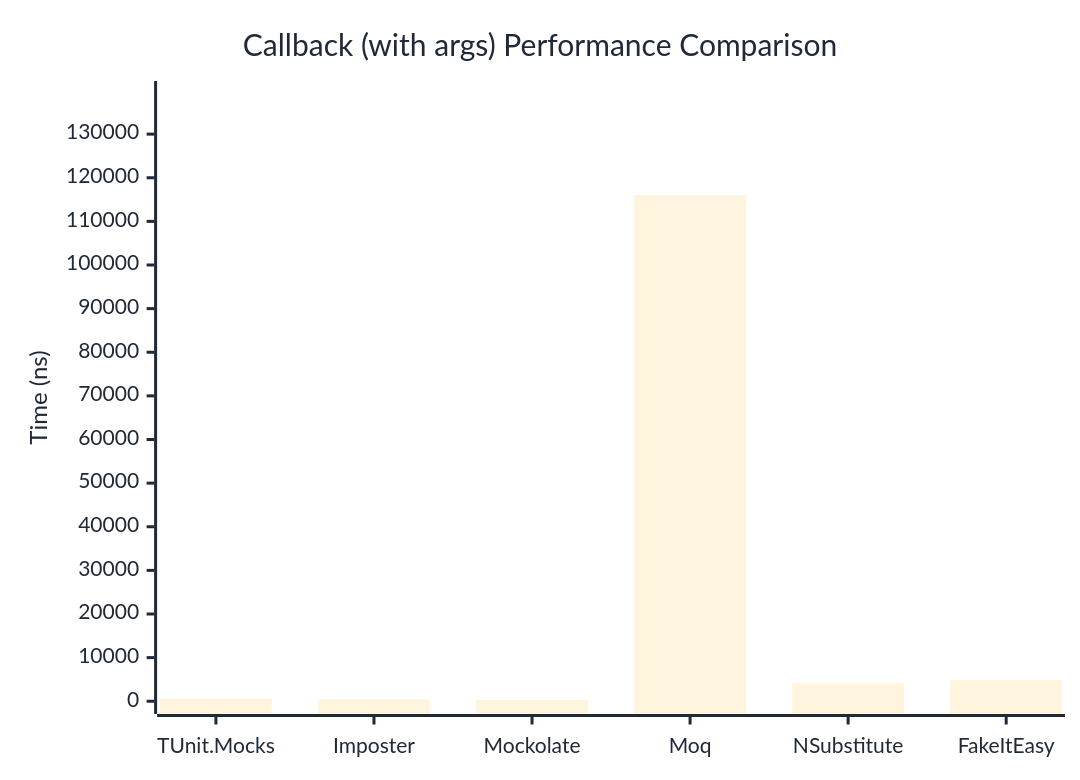
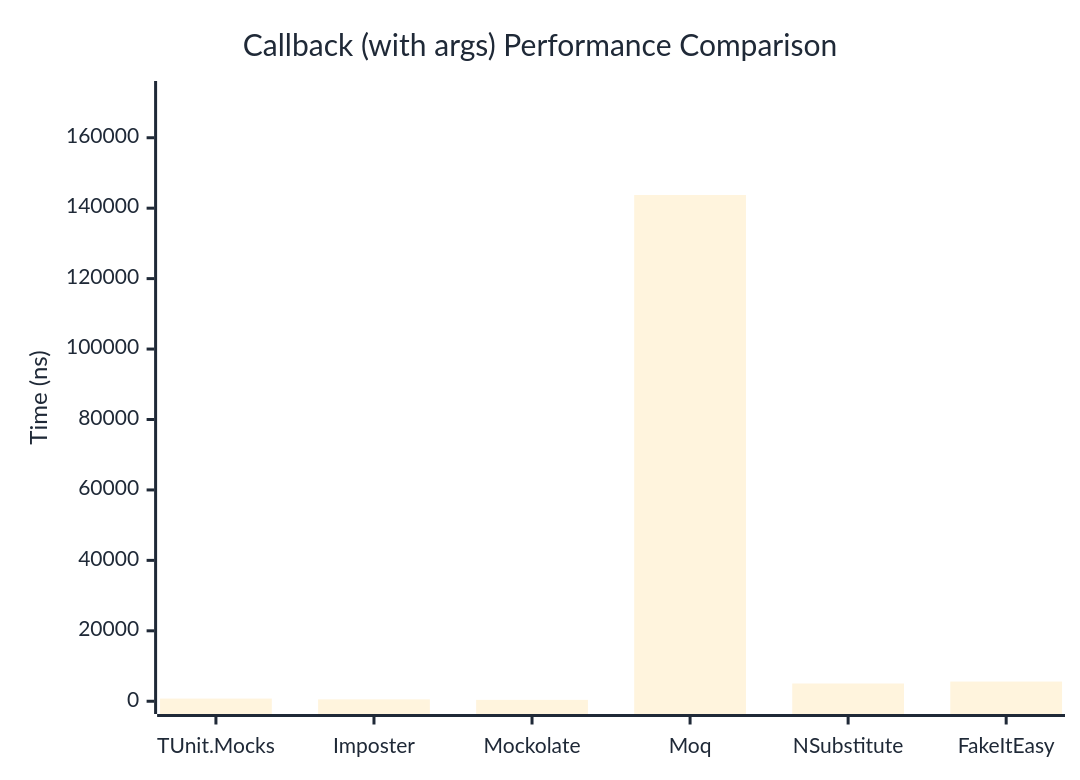
Before and after one commit to thomhurst/TUnit: the second of 2 diagrams in docs/docs/benchmarks/mocks/Callback.md, drawn with Mermaid. The commit also changed other lines of this file and 14 other files, not shown here.

````diff
--- a/docs/docs/benchmarks/mocks/Callback.md
+++ b/docs/docs/benchmarks/mocks/Callback.md
@@ -71,27 +71,27 @@
 ```mermaid
 %%{init: {
   'theme':'base',
   'themeVariables': {
     'primaryColor': '#2563eb',
     'primaryTextColor': '#1f2937',
     'primaryBorderColor': '#1e40af',
     'lineColor': '#6b7280',
     'secondaryColor': '#7c3aed',
     'tertiaryColor': '#dc2626',
     'background': '#ffffff',
     'pie1': '#2563eb',
     'pie2': '#7c3aed',
     'pie3': '#dc2626',
     'pie4': '#f59e0b',
     'pie5': '#10b981',
     'pie6': '#06b6d4',
     'pie7': '#ec4899',
     'pie8': '#6366f1'
   }
 }}%%
 xychart-beta
   title "Callback (with args) Performance Comparison"
   x-axis ["TUnit.Mocks", "Imposter", "Mockolate", "Moq", "NSubstitute", "FakeItEasy"]
-  y-axis "Time (ns)" 0 --> 139255
-  bar [627, 439.9, 325.8, 116045.7, 4229.5, 4867.8]
+  y-axis "Time (ns)" 0 --> 172489
+  bar [758.4, 535, 392.5, 143740.6, 5042, 5593.6]
 ```
````
